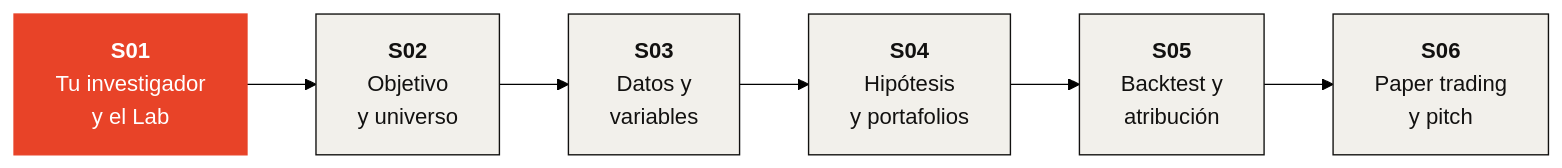
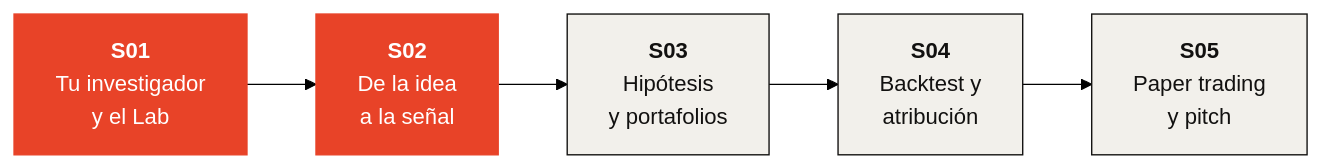
The diagram in README.md (KaxaNuk/Investment-Bootcamp), drawn with Mermaid (forest theme) before and after one commit. The commit also changed other lines of this file and 4 other files, not shown here.

````diff
--- a/README.md
+++ b/README.md
@@ -42,14 +45,12 @@
 ```mermaid
 flowchart LR
-    S01["<b>S01</b><br/>Tu investigador<br/>y el Lab"] --> S02["<b>S02</b><br/>Objetivo<br/>y universo"]
-    S02 --> S03["<b>S03</b><br/>Datos y<br/>variables"]
-    S03 --> S04["<b>S04</b><br/>Hipótesis<br/>y portafolios"]
-    S04 --> S05["<b>S05</b><br/>Backtest y<br/>atribución"]
-    S05 --> S06["<b>S06</b><br/>Paper trading<br/>y pitch"]
+    S01["<b>S01</b><br/>Tu investigador<br/>y el Lab"] --> S02["<b>S02</b><br/>De la idea<br/>a la señal"]
+    S02 --> S03["<b>S03</b><br/>Hipótesis<br/>y portafolios"]
+    S03 --> S04["<b>S04</b><br/>Backtest y<br/>atribución"]
+    S04 --> S05["<b>S05</b><br/>Paper trading<br/>y pitch"]
     style S01 fill:#E84328,stroke:#E84328,color:#ffffff
-    style S02 fill:#F2F0EB,stroke:#121110,color:#121110
+    style S02 fill:#E84328,stroke:#E84328,color:#ffffff
     style S03 fill:#F2F0EB,stroke:#121110,color:#121110
     style S04 fill:#F2F0EB,stroke:#121110,color:#121110
     style S05 fill:#F2F0EB,stroke:#121110,color:#121110
-    style S06 fill:#F2F0EB,stroke:#121110,color:#121110
 ```
````
